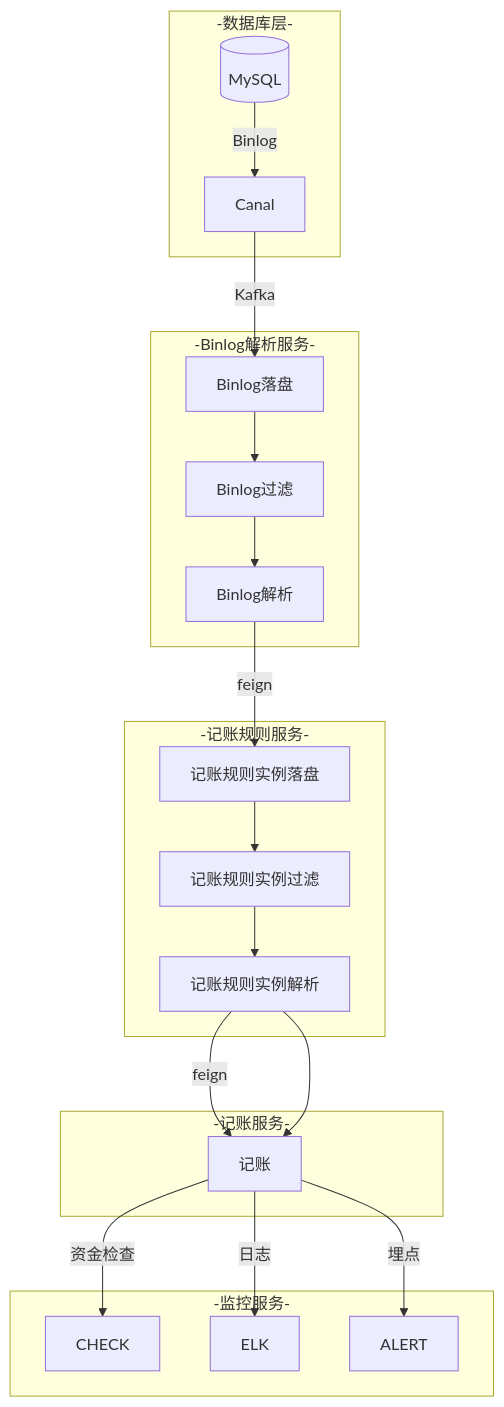
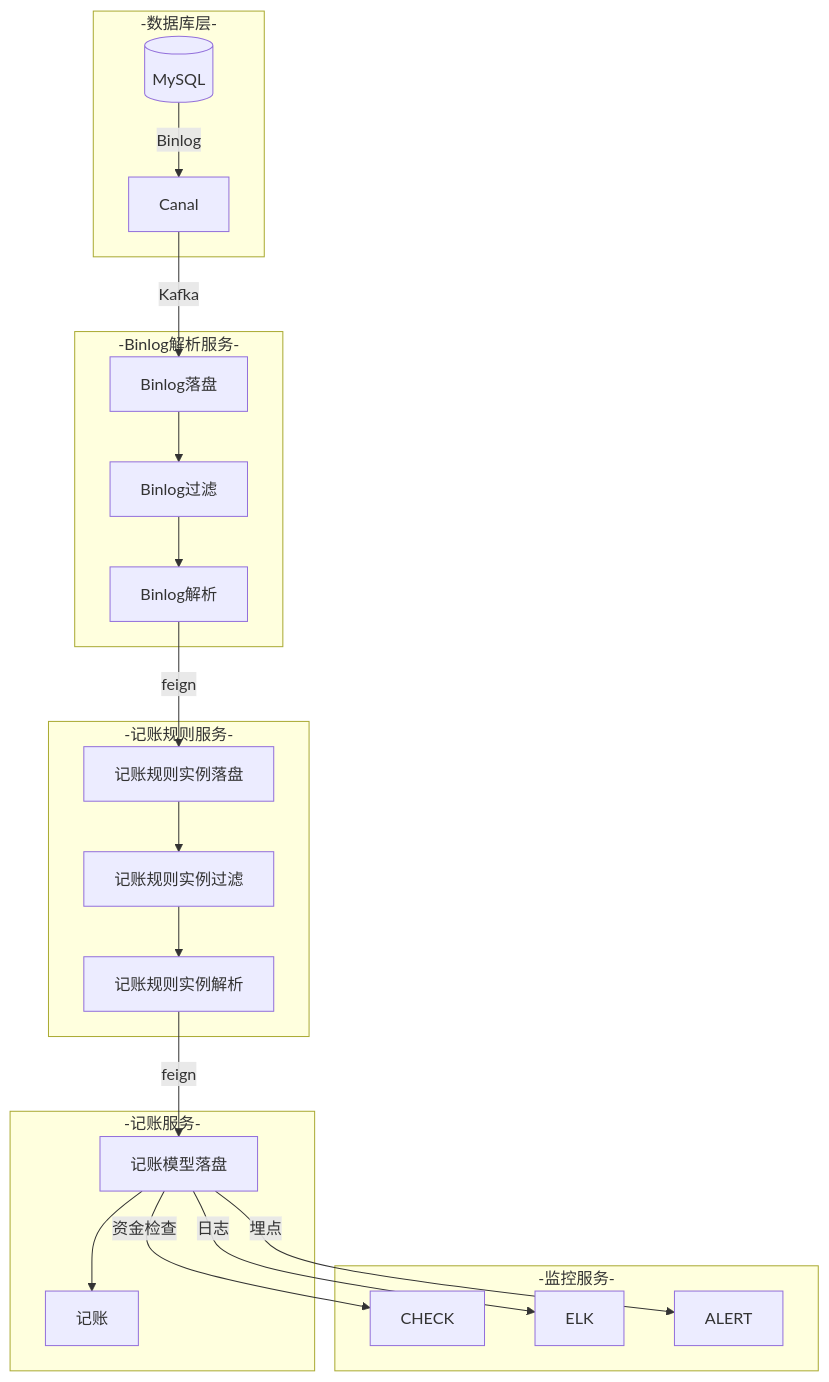
The diagram in all/记账架构图.md (87828943/iodraw-files), drawn with Mermaid before and after one commit.

Commit message:
2025-07-07 15:04:50 update

````diff
--- a/all/记账架构图.md
+++ b/all/记账架构图.md
@@ -1,25 +1,25 @@
 ```mermaid
 graph TB
     subgraph -数据库层-
         DB[(MySQL)] -->|Binlog| Canal
     end
     subgraph -Binlog解析服务-
         Canal -->|Kafka| Binlog[Binlog落盘]
         Binlog --> Binlog1[Binlog过滤]
         Binlog1 --> Binlog2[Binlog解析]
     end
     subgraph -记账规则服务-
         Binlog2 -->|feign| AccountingRule[记账规则实例落盘]
         AccountingRule --> AccountingRule1[记账规则实例过滤]
         AccountingRule1 --> AccountingRule2[记账规则实例解析] 
     end
     subgraph -记账服务-
-       AccountingRule2 -->|feign| Accounting[记账]
-       AccountingRule2 --> Accounting[记账]
+       AccountingRule2 -->|feign| Accounting[记账模型落盘]
+       Accounting --> Accounting1[记账]
     end
     subgraph -监控服务-
         Accounting --> |资金检查| CHECK
         Accounting -->|日志| ELK
         Accounting -->|埋点| ALERT
     end
 ```
````
